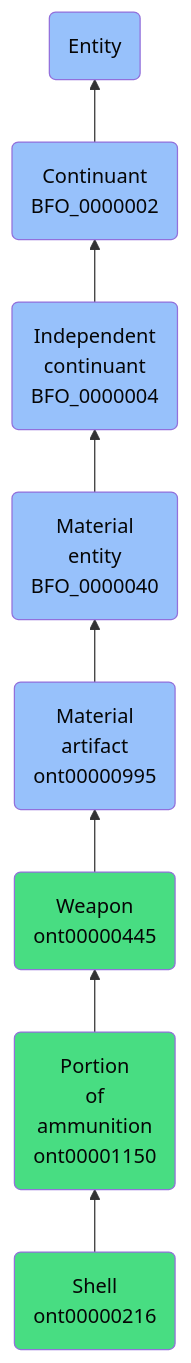
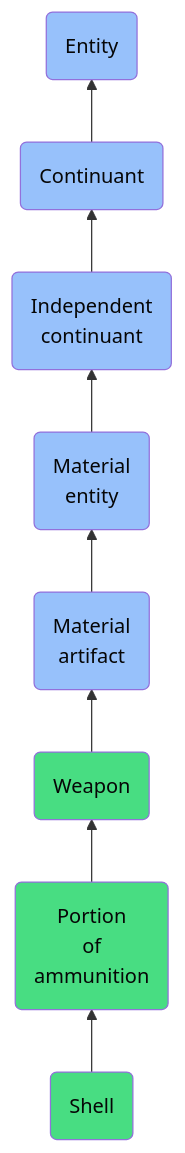
Before and after one commit to jupyter-naas/abi: the diagram in docs/ontology/reference/model/Entity/Continuant/Independent continuant/Material entity/Material artifact/Weapon/Portion of ammunition/Shell/Shell.md, drawn with Mermaid. The commit also changed other lines of this file and 1430 other files, not shown here.

````diff
--- a/docs/ontology/reference/model/Entity/Continuant/Independent continuant/Material entity/Material artifact/Weapon/Portion of ammunition/Shell/Shell.md
+++ b/docs/ontology/reference/model/Entity/Continuant/Independent continuant/Material entity/Material artifact/Weapon/Portion of ammunition/Shell/Shell.md
@@ -24,15 +24,15 @@
 ```mermaid
 graph BT
-    ont00000216(Shell<br>ont00000216):::ABI-->ont00001150
-    ont00001150(Portion<br>of<br>ammunition<br>ont00001150):::ABI-->ont00000445
-    ont00000445(Weapon<br>ont00000445):::ABI-->ont00000995
-    ont00000995(Material<br>artifact<br>ont00000995):::BFO-->BFO_0000040
-    BFO_0000040(Material<br>entity<br>BFO_0000040):::BFO-->BFO_0000004
-    BFO_0000004(Independent<br>continuant<br>BFO_0000004):::BFO-->BFO_0000002
-    BFO_0000002(Continuant<br>BFO_0000002):::BFO-->BFO_0000001
+    ont00000216(Shell):::ABI-->ont00001150
+    ont00001150(Portion<br>of<br>ammunition):::ABI-->ont00000445
+    ont00000445(Weapon):::ABI-->ont00000995
+    ont00000995(Material<br>artifact):::BFO-->BFO_0000040
+    BFO_0000040(Material<br>entity):::BFO-->BFO_0000004
+    BFO_0000004(Independent<br>continuant):::BFO-->BFO_0000002
+    BFO_0000002(Continuant):::BFO-->BFO_0000001
     BFO_0000001(Entity):::BFO
     
     classDef BFO fill:#97c1fb,color:#060606
     classDef CCO fill:#e4c51e,color:#060606
     classDef ABI fill:#48DD82,color:#060606
 ```
````
